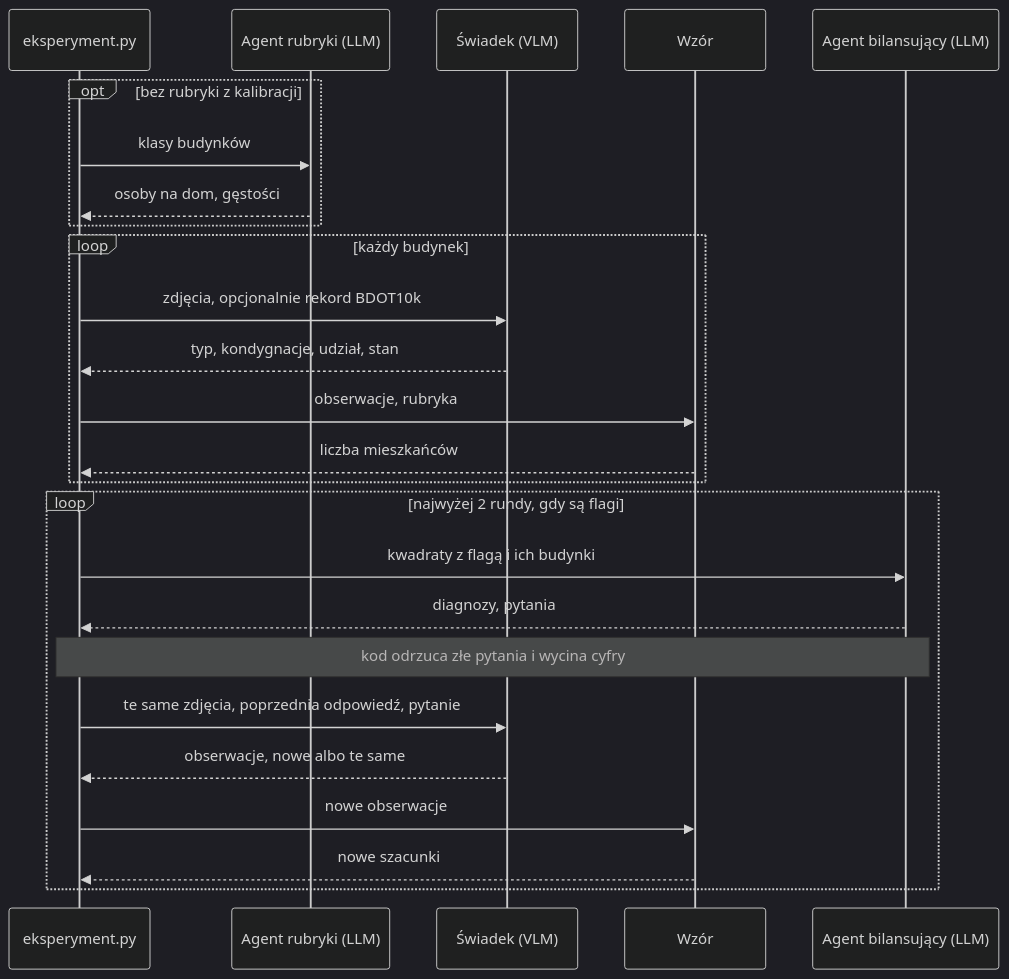
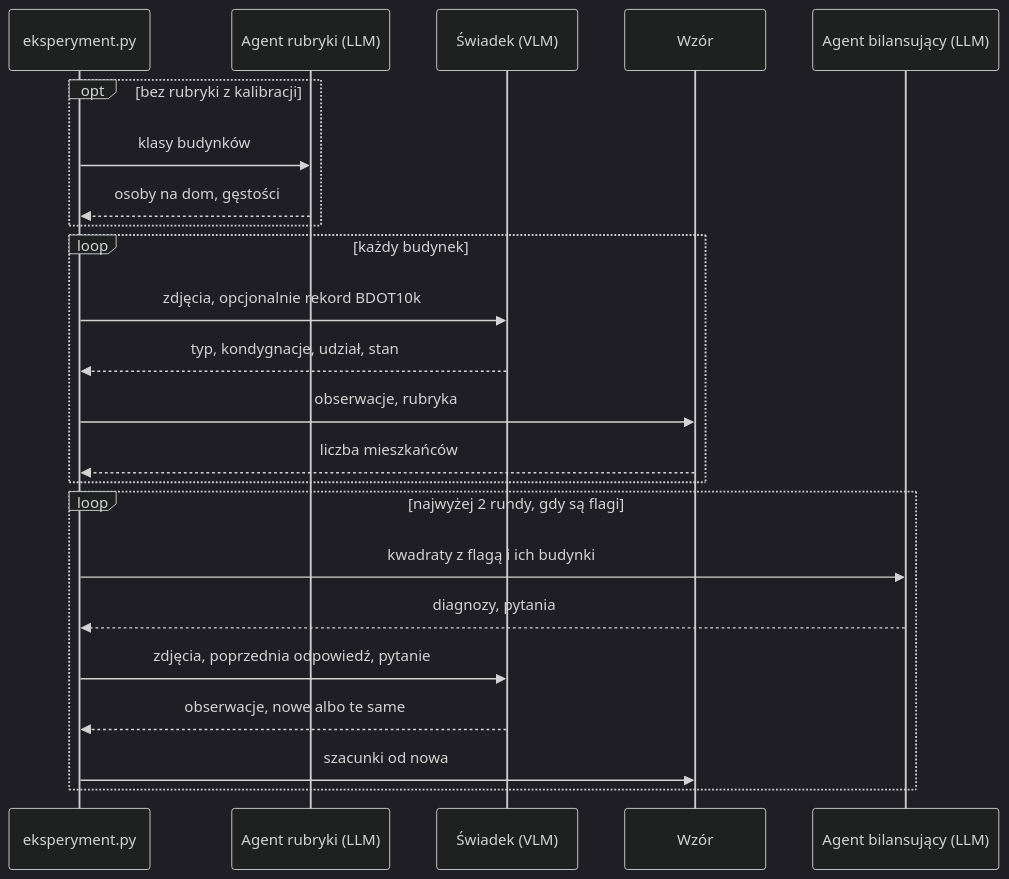
Before and after one commit to wust-terrain/wroclaw-population-agents: the diagram in README.md, drawn with Mermaid (dark theme). The commit also changed other lines of this file, not shown here.

````diff
--- a/README.md
+++ b/README.md
@@ -47,27 +85,25 @@
 ```mermaid
 sequenceDiagram
     participant E as eksperyment.py
     participant R as Agent rubryki (LLM)
     participant S as Świadek (VLM)
     participant W as Wzór
     participant A as Agent bilansujący (LLM)
     opt bez rubryki z kalibracji
         E->>R: klasy budynków
         R-->>E: osoby na dom, gęstości
     end
     loop każdy budynek
         E->>S: zdjęcia, opcjonalnie rekord BDOT10k
         S-->>E: typ, kondygnacje, udział, stan
         E->>W: obserwacje, rubryka
         W-->>E: liczba mieszkańców
     end
     loop najwyżej 2 rundy, gdy są flagi
         E->>A: kwadraty z flagą i ich budynki
         A-->>E: diagnozy, pytania
-        Note over E,A: kod odrzuca złe pytania i wycina cyfry
-        E->>S: te same zdjęcia, poprzednia odpowiedź, pytanie
+        E->>S: zdjęcia, poprzednia odpowiedź, pytanie
         S-->>E: obserwacje, nowe albo te same
-        E->>W: nowe obserwacje
-        W-->>E: nowe szacunki
+        E->>W: szacunki od nowa
     end
 ```
````
